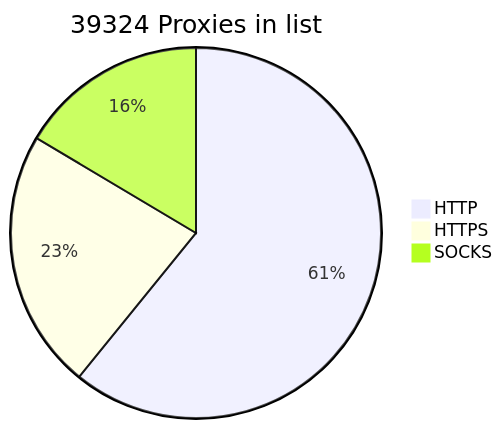
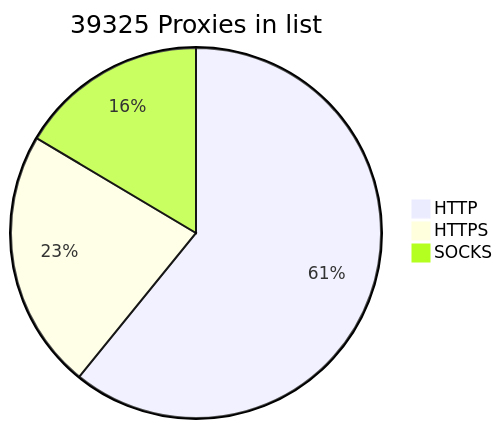
One commit to BlackSnowDot/proxylist-update-every-minute changed the diagram in README.md. Above: the diagram before and after it, drawn with Mermaid.

````diff
--- a/README.md
+++ b/README.md
@@ -2,6 +2,6 @@
 ```mermaid
-pie title 39324 Proxies in list
+pie title 39325 Proxies in list
     "HTTP" : 28183
     "HTTPS": 10508
-    "SOCKS" : 7617
+    "SOCKS" : 7618
 ```
````
